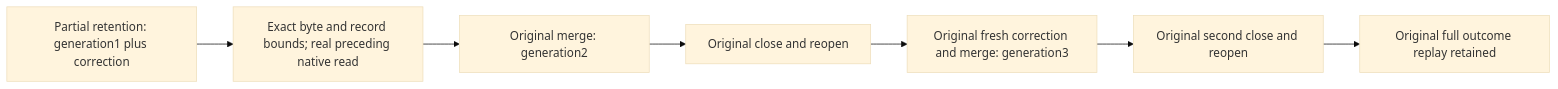
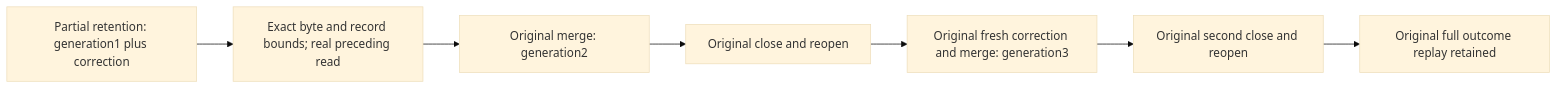
One commit to managedcode/KeyLoad changed the diagram in docs/Features/TimeSeries/RetainedChunkReadBudgets.md. Above: the diagram before and after it, drawn with Mermaid (base theme). The commit also changed other lines of this file and 9016 other files, not shown here.

````diff
--- a/docs/Features/TimeSeries/RetainedChunkReadBudgets.md
+++ b/docs/Features/TimeSeries/RetainedChunkReadBudgets.md
@@ -16,9 +16,9 @@
 ```mermaid
 flowchart LR
-  P[Partial retention: generation1 plus correction] --> B[Exact byte and record bounds; real preceding native read]
+  P[Partial retention: generation1 plus correction] --> B[Exact byte and record bounds; real preceding read]
   B --> M[Original merge: generation2]
   M --> C1[Original close and reopen]
   C1 --> F[Original fresh correction and merge: generation3]
   F --> C2[Original second close and reopen]
   C2 --> R[Original full outcome replay retained]
 ```
````
